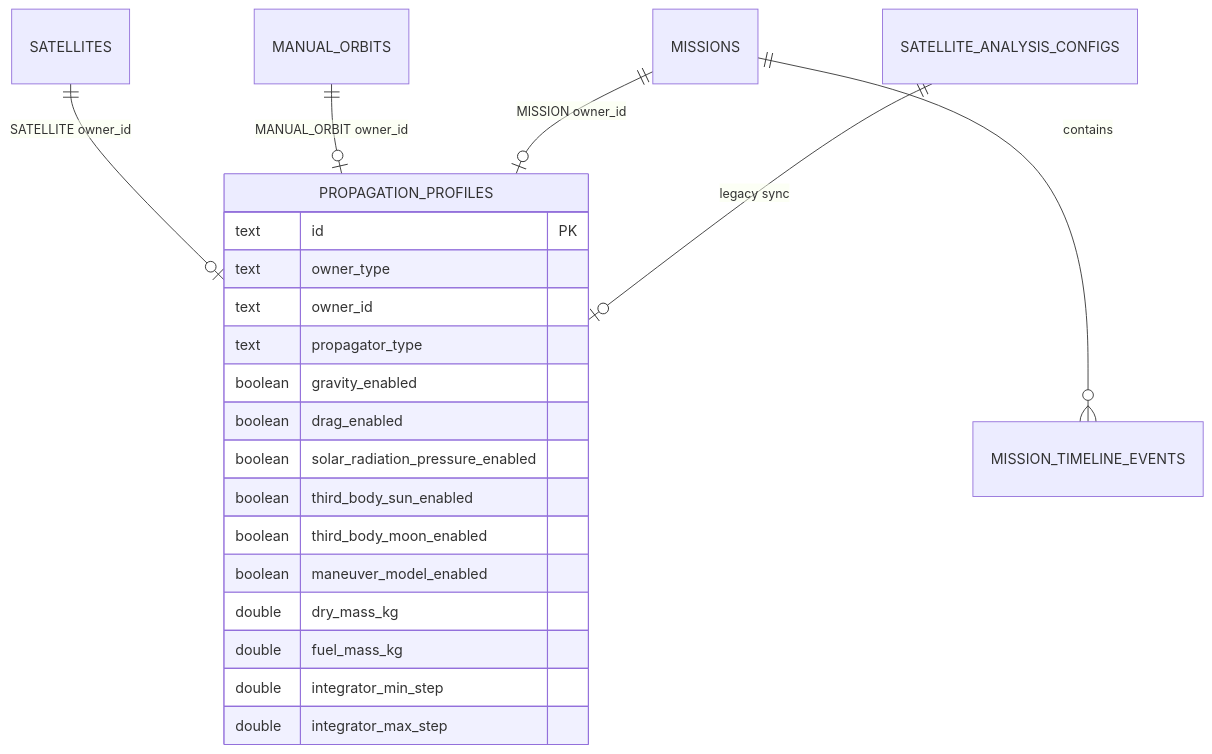
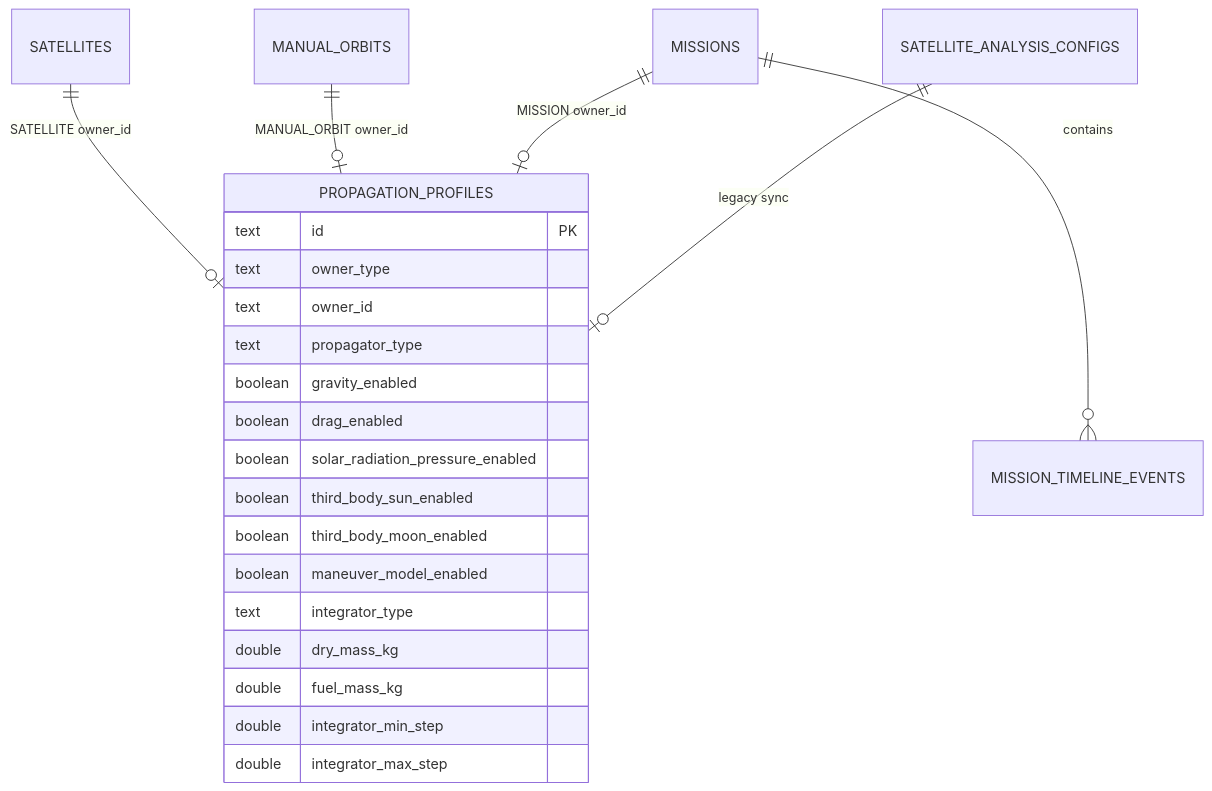
The fifth of 8 diagrams in README.md (MadhuSaini22/orbital-visualization-engine), drawn with Mermaid before and after one commit. The commit also changed other lines of this file and 14 other files, not shown here.

````diff
--- a/README.md
+++ b/README.md
@@ -190,25 +190,26 @@
 ```mermaid
 erDiagram
   SATELLITES ||--o| PROPAGATION_PROFILES : "SATELLITE owner_id"
   MANUAL_ORBITS ||--o| PROPAGATION_PROFILES : "MANUAL_ORBIT owner_id"
   MISSIONS ||--o| PROPAGATION_PROFILES : "MISSION owner_id"
   MISSIONS ||--o{ MISSION_TIMELINE_EVENTS : contains
   SATELLITE_ANALYSIS_CONFIGS ||--o| PROPAGATION_PROFILES : "legacy sync"
 
   PROPAGATION_PROFILES {
     text id PK
     text owner_type
     text owner_id
     text propagator_type
     boolean gravity_enabled
     boolean drag_enabled
     boolean solar_radiation_pressure_enabled
     boolean third_body_sun_enabled
     boolean third_body_moon_enabled
     boolean maneuver_model_enabled
+    text integrator_type
     double dry_mass_kg
     double fuel_mass_kg
     double integrator_min_step
     double integrator_max_step
   }
 ```
````
